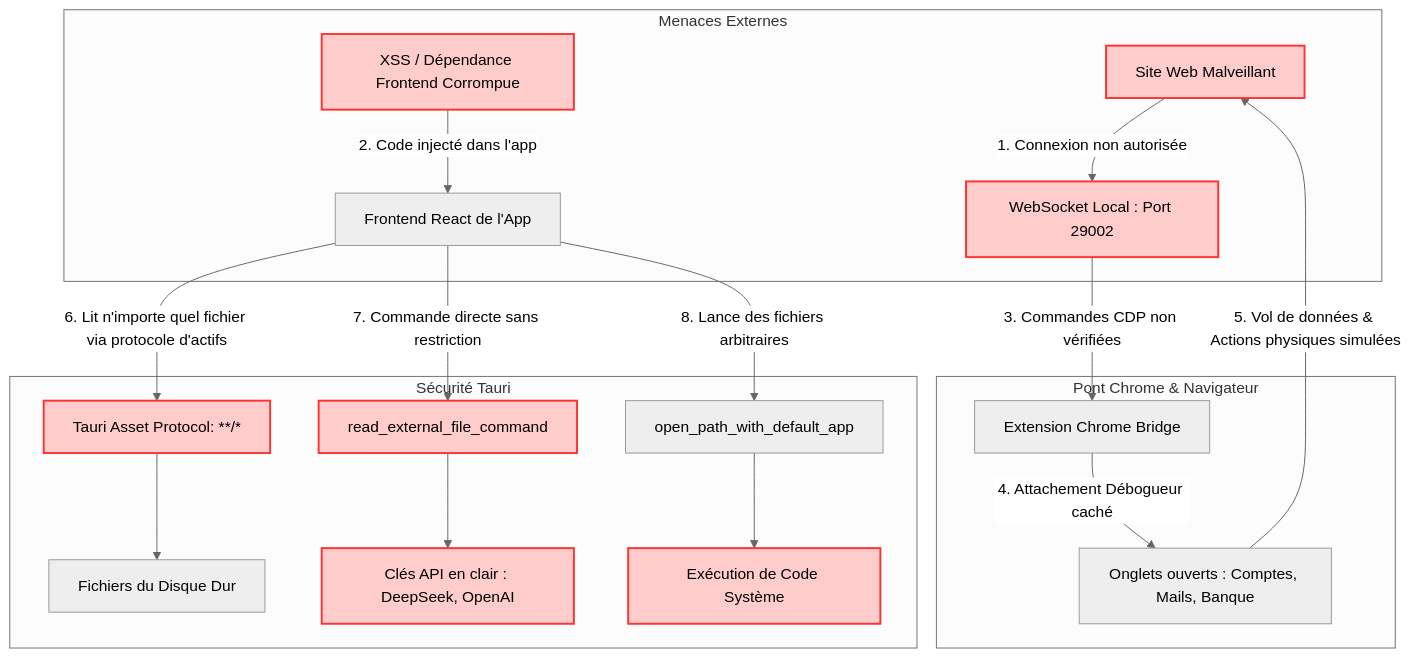
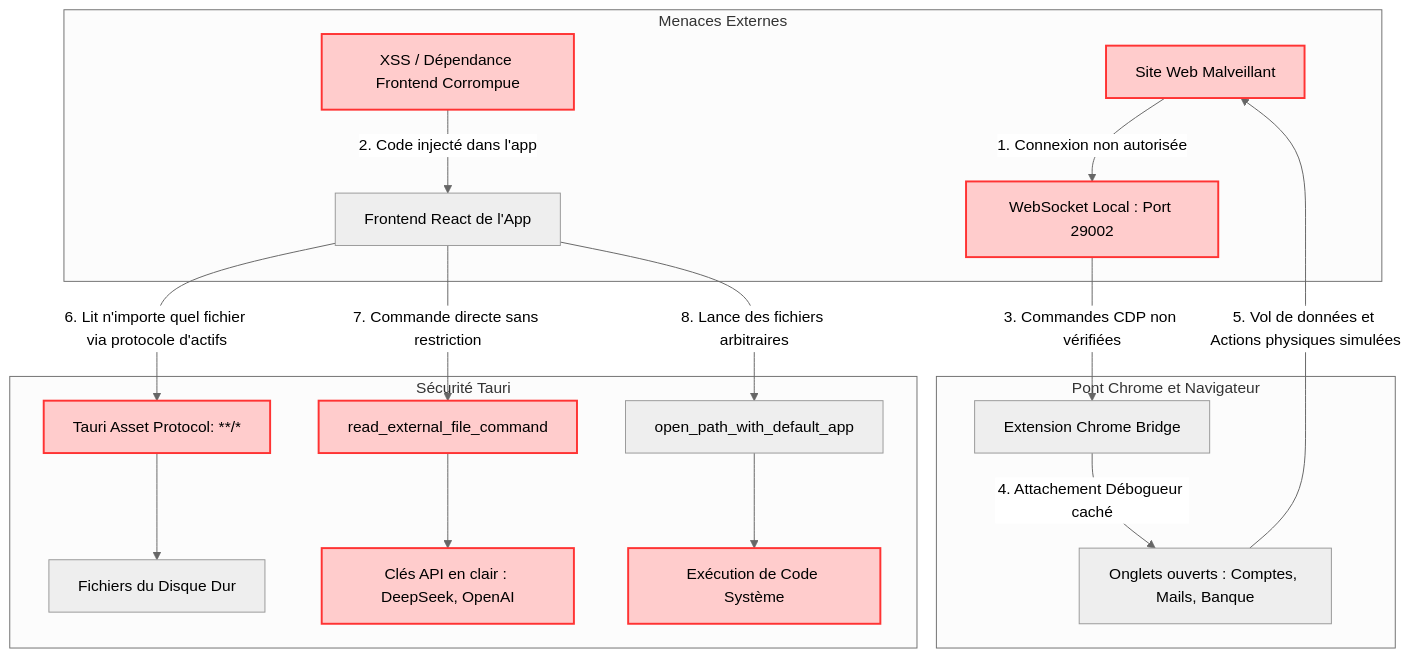
The diagram in AUDIT_SECURITE.md (Paseru/sinew), drawn with Mermaid (neutral theme) before and after one commit. The commit also changed 1 other file, not shown here.

Commit message:
Correction des schémas d'architecture et de sécurité pour corriger les erreurs d'affichage

````diff
--- a/AUDIT_SECURITE.md
+++ b/AUDIT_SECURITE.md
@@ -11,27 +11,27 @@
 ```mermaid
 flowchart TD
-    subgraph Menaces Externes
+    subgraph "Menaces Externes"
         MalWeb[Site Web Malveillant] -- 1. Connexion non autorisée --> BridgePort[WebSocket Local : Port 29002]
         MalWeb2[XSS / Dépendance Frontend Corrompue] -- 2. Code injecté dans l'app --> FrontTauri[Frontend React de l'App]
     end
 
-    subgraph Pont Chrome & Navigateur
+    subgraph "Pont Chrome et Navigateur"
         BridgePort -- 3. Commandes CDP non vérifiées --> Extension[Extension Chrome Bridge]
         Extension -- 4. Attachement Débogueur caché --> UserTabs[Onglets ouverts : Comptes, Mails, Banque]
-        UserTabs -- 5. Vol de données & Actions physiques simulées --> MalWeb
+        UserTabs -- 5. Vol de données et Actions physiques simulées --> MalWeb
     end
 
-    subgraph Sécurité Tauri
+    subgraph "Sécurité Tauri"
         FrontTauri -- 6. Lit n'importe quel fichier via protocole d'actifs --> AssetProto[Tauri Asset Protocol: **/*]
         FrontTauri -- 7. Commande directe sans restriction --> ExtFileCmd[read_external_file_command]
         FrontTauri -- 8. Lance des fichiers arbitraires --> AppCmd[open_path_with_default_app]
         
         AssetProto --> HardDrive[Fichiers du Disque Dur]
         ExtFileCmd --> APIKeys[Clés API en clair : DeepSeek, OpenAI]
         AppCmd --> ExecuteCode[Exécution de Code Système]
     end
 
     classDef danger fill:#ffcccc,stroke:#ff3333,stroke-width:2px;
     classDef warning fill:#ffe6cc,stroke:#ff9933,stroke-width:2px;
     class MalWeb,MalWeb2,BridgePort,AssetProto,ExtFileCmd,APIKeys,ExecuteCode danger;
 ```
````
